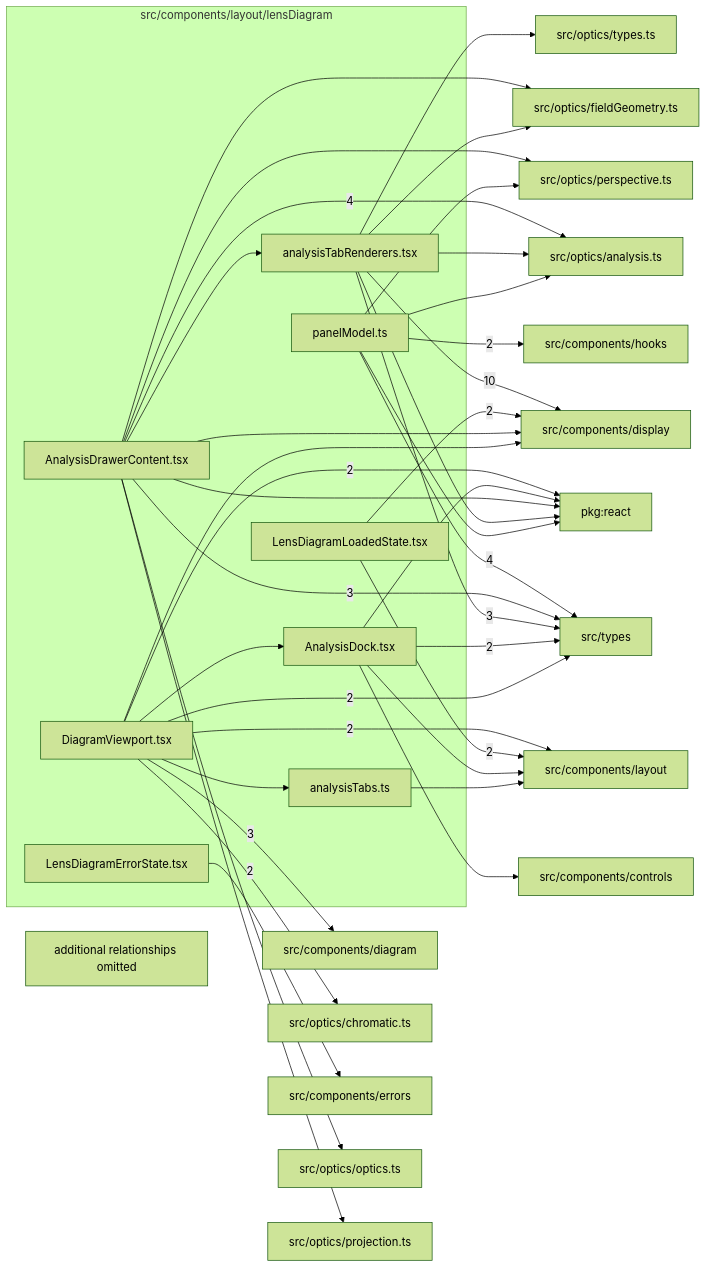
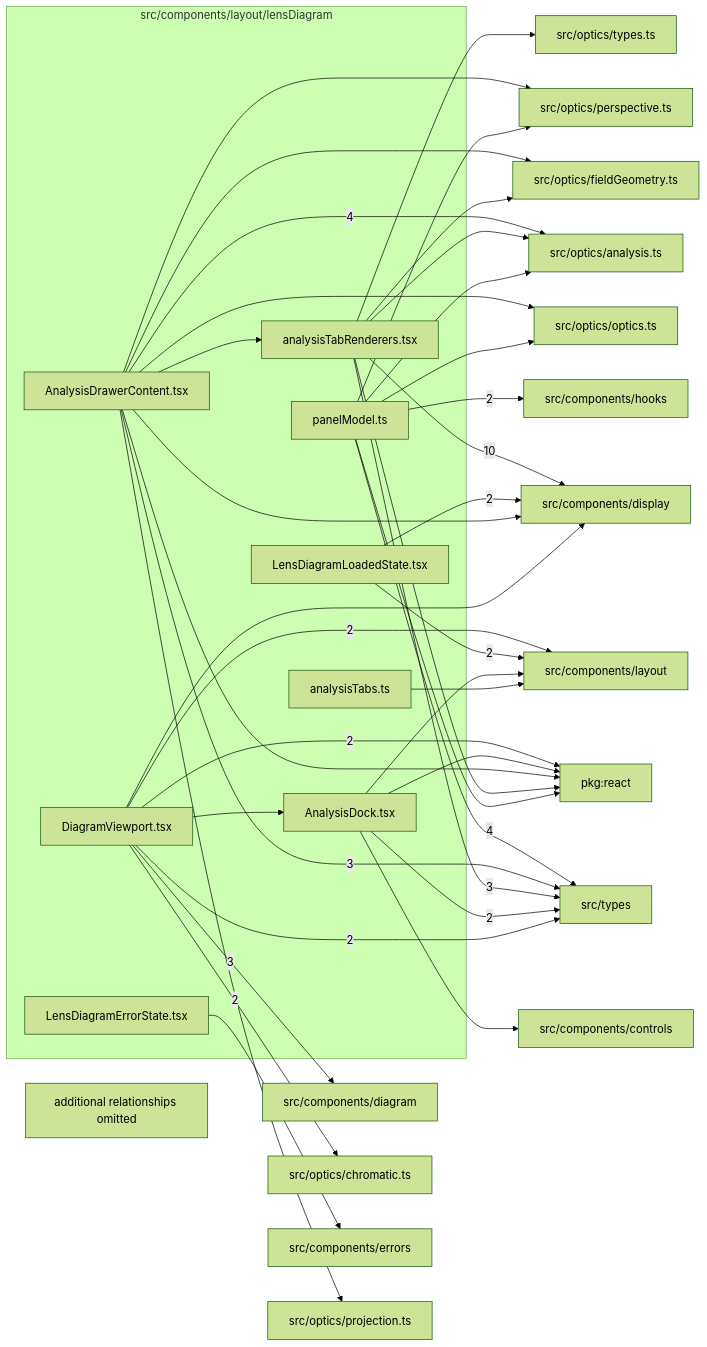
One commit to ronbuening/LensVisualizer changed the diagram in src/components/layout/lensDiagram/readme.md. Above: the diagram before and after it, drawn with Mermaid (forest theme). The commit also changed other lines of this file and 51 other files, not shown here.

````diff
--- a/src/components/layout/lensDiagram/readme.md
+++ b/src/components/layout/lensDiagram/readme.md
@@ -9,65 +9,65 @@
 ```mermaid
 flowchart LR
   subgraph n_src_components_layout_lensDiagram["src/components/layout/lensDiagram"]
     n_src_components_layout_lensDiagram_src_components_layout_lensDiagram_AnalysisDock_tsx["AnalysisDock.tsx"]
     n_src_components_layout_lensDiagram_src_components_layout_lensDiagram_AnalysisDrawerContent_tsx["AnalysisDrawerContent.tsx"]
     n_src_components_layout_lensDiagram_src_components_layout_lensDiagram_analysisTabRenderers_tsx["analysisTabRenderers.tsx"]
     n_src_components_layout_lensDiagram_src_components_layout_lensDiagram_analysisTabs_ts["analysisTabs.ts"]
     n_src_components_layout_lensDiagram_src_components_layout_lensDiagram_DiagramViewport_tsx["DiagramViewport.tsx"]
     n_src_components_layout_lensDiagram_src_components_layout_lensDiagram_LensDiagramErrorState_tsx["LensDiagramErrorState.tsx"]
     n_src_components_layout_lensDiagram_src_components_layout_lensDiagram_LensDiagramLoadedState_tsx["LensDiagramLoadedState.tsx"]
     n_src_components_layout_lensDiagram_src_components_layout_lensDiagram_panelModel_ts["panelModel.ts"]
   end
   n_external_src_components_display["src/components/display"]
   n_external_src_optics_analysis_ts["src/optics/analysis.ts"]
   n_external_src_types["src/types"]
   n_external_src_components_diagram["src/components/diagram"]
   n_external_pkg_react["pkg:react"]
   n_external_src_components_hooks["src/components/hooks"]
   n_external_src_components_layout["src/components/layout"]
   n_external_src_optics_chromatic_ts["src/optics/chromatic.ts"]
   n_external_src_components_controls["src/components/controls"]
   n_external_src_components_errors["src/components/errors"]
   n_external_src_optics_fieldGeometry_ts["src/optics/fieldGeometry.ts"]
   n_external_src_optics_optics_ts["src/optics/optics.ts"]
   n_external_src_optics_perspective_ts["src/optics/perspective.ts"]
   n_external_src_optics_projection_ts["src/optics/projection.ts"]
   n_external_src_optics_types_ts["src/optics/types.ts"]
   n_src_components_layout_lensDiagram_src_components_layout_lensDiagram_analysisTabRenderers_tsx --> |10| n_external_src_components_display
   n_src_components_layout_lensDiagram_src_components_layout_lensDiagram_AnalysisDrawerContent_tsx --> |4| n_external_src_optics_analysis_ts
   n_src_components_layout_lensDiagram_src_components_layout_lensDiagram_panelModel_ts --> |4| n_external_src_types
   n_src_components_layout_lensDiagram_src_components_layout_lensDiagram_DiagramViewport_tsx --> |3| n_external_src_components_diagram
   n_src_components_layout_lensDiagram_src_components_layout_lensDiagram_AnalysisDrawerContent_tsx --> |3| n_external_src_types
   n_src_components_layout_lensDiagram_src_components_layout_lensDiagram_analysisTabRenderers_tsx --> |3| n_external_src_types
   n_src_components_layout_lensDiagram_src_components_layout_lensDiagram_DiagramViewport_tsx --> |2| n_external_pkg_react
   n_src_components_layout_lensDiagram_src_components_layout_lensDiagram_LensDiagramLoadedState_tsx --> |2| n_external_src_components_display
   n_src_components_layout_lensDiagram_src_components_layout_lensDiagram_panelModel_ts --> |2| n_external_src_components_hooks
   n_src_components_layout_lensDiagram_src_components_layout_lensDiagram_DiagramViewport_tsx --> |2| n_external_src_components_layout
   n_src_components_layout_lensDiagram_src_components_layout_lensDiagram_LensDiagramLoadedState_tsx --> |2| n_external_src_components_layout
   n_src_components_layout_lensDiagram_src_components_layout_lensDiagram_DiagramViewport_tsx --> |2| n_external_src_optics_chromatic_ts
   n_src_components_layout_lensDiagram_src_components_layout_lensDiagram_AnalysisDock_tsx --> |2| n_external_src_types
   n_src_components_layout_lensDiagram_src_components_layout_lensDiagram_DiagramViewport_tsx --> |2| n_external_src_types
   n_src_components_layout_lensDiagram_src_components_layout_lensDiagram_AnalysisDock_tsx --> n_external_pkg_react
   n_src_components_layout_lensDiagram_src_components_layout_lensDiagram_AnalysisDrawerContent_tsx --> n_external_pkg_react
   n_src_components_layout_lensDiagram_src_components_layout_lensDiagram_analysisTabRenderers_tsx --> n_external_pkg_react
   n_src_components_layout_lensDiagram_src_components_layout_lensDiagram_panelModel_ts --> n_external_pkg_react
   n_src_components_layout_lensDiagram_src_components_layout_lensDiagram_AnalysisDock_tsx --> n_external_src_components_controls
   n_src_components_layout_lensDiagram_src_components_layout_lensDiagram_AnalysisDrawerContent_tsx --> n_external_src_components_display
   n_src_components_layout_lensDiagram_src_components_layout_lensDiagram_DiagramViewport_tsx --> n_external_src_components_display
   n_src_components_layout_lensDiagram_src_components_layout_lensDiagram_LensDiagramErrorState_tsx --> n_external_src_components_errors
   n_src_components_layout_lensDiagram_src_components_layout_lensDiagram_AnalysisDock_tsx --> n_external_src_components_layout
   n_src_components_layout_lensDiagram_src_components_layout_lensDiagram_analysisTabs_ts --> n_external_src_components_layout
   n_src_components_layout_lensDiagram_src_components_layout_lensDiagram_analysisTabRenderers_tsx --> n_external_src_optics_analysis_ts
   n_src_components_layout_lensDiagram_src_components_layout_lensDiagram_panelModel_ts --> n_external_src_optics_analysis_ts
   n_src_components_layout_lensDiagram_src_components_layout_lensDiagram_AnalysisDrawerContent_tsx --> n_external_src_optics_fieldGeometry_ts
   n_src_components_layout_lensDiagram_src_components_layout_lensDiagram_analysisTabRenderers_tsx --> n_external_src_optics_fieldGeometry_ts
   n_src_components_layout_lensDiagram_src_components_layout_lensDiagram_AnalysisDrawerContent_tsx --> n_external_src_optics_optics_ts
+  n_src_components_layout_lensDiagram_src_components_layout_lensDiagram_panelModel_ts --> n_external_src_optics_optics_ts
   n_src_components_layout_lensDiagram_src_components_layout_lensDiagram_AnalysisDrawerContent_tsx --> n_external_src_optics_perspective_ts
   n_src_components_layout_lensDiagram_src_components_layout_lensDiagram_panelModel_ts --> n_external_src_optics_perspective_ts
   n_src_components_layout_lensDiagram_src_components_layout_lensDiagram_AnalysisDrawerContent_tsx --> n_external_src_optics_projection_ts
   n_src_components_layout_lensDiagram_src_components_layout_lensDiagram_analysisTabRenderers_tsx --> n_external_src_optics_types_ts
   n_src_components_layout_lensDiagram_src_components_layout_lensDiagram_DiagramViewport_tsx --> n_src_components_layout_lensDiagram_src_components_layout_lensDiagram_AnalysisDock_tsx
   n_src_components_layout_lensDiagram_src_components_layout_lensDiagram_AnalysisDrawerContent_tsx --> n_src_components_layout_lensDiagram_src_components_layout_lensDiagram_analysisTabRenderers_tsx
-  n_src_components_layout_lensDiagram_src_components_layout_lensDiagram_DiagramViewport_tsx --> n_src_components_layout_lensDiagram_src_components_layout_lensDiagram_analysisTabs_ts
   n_src_components_layout_lensDiagram_truncated["additional relationships omitted"]
 ```
````
